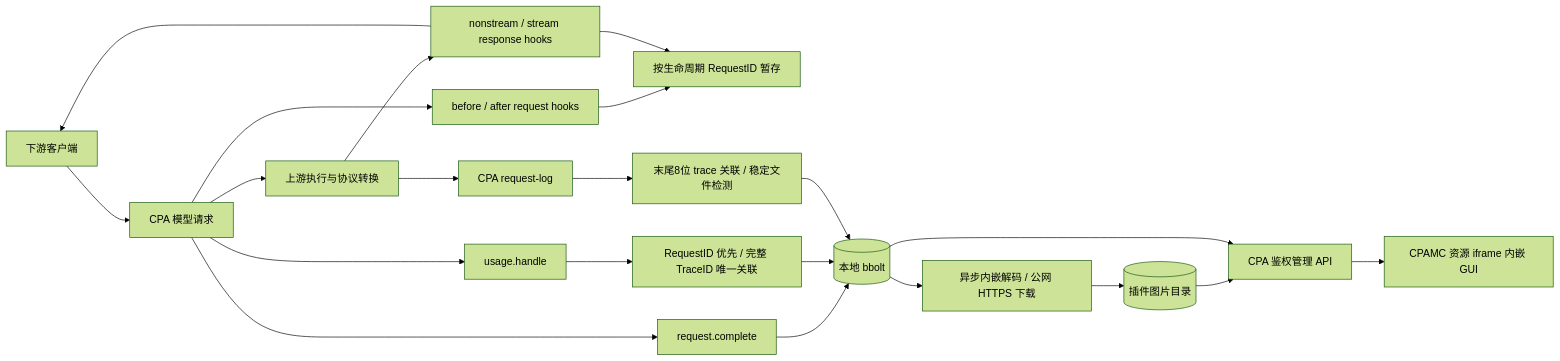
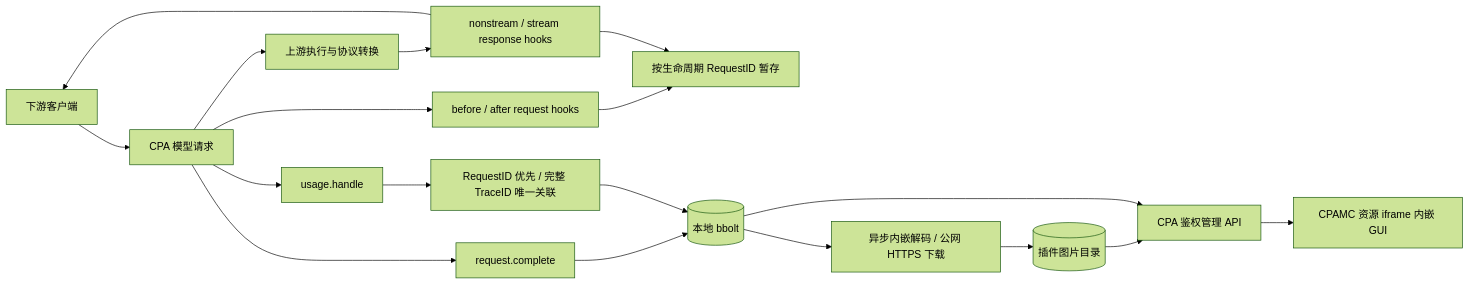
The diagram in docs/design.md (txsdx/cpa-plugin-request-recorder), drawn with Mermaid (forest theme) before and after one commit. The commit also changed other lines of this file and 29 other files, not shown here.

Commit message:
fix: capture complete CPA response snapshots and remove provider log enrichment

````diff
--- a/docs/design.md
+++ b/docs/design.md
@@ -5,23 +5,20 @@
 ```mermaid
 flowchart LR
   Client[下游客户端] --> CPA[CPA 模型请求]
   CPA --> B[before / after request hooks]
   CPA --> U[上游执行与协议转换]
   U --> R[nonstream / stream response hooks]
   R --> Client
   B --> A[按生命周期 RequestID 暂存]
   R --> A
   CPA --> C[request.complete]
   C --> DB[(本地 bbolt)]
   CPA --> Usage[usage.handle]
   Usage --> Join[RequestID 优先 / 完整 TraceID 唯一关联]
   Join --> DB
-  U --> Logs[CPA request-log]
-  Logs --> Enrich[末尾8位 trace 关联 / 稳定文件检测]
-  Enrich --> DB
   DB --> Images[异步内嵌解码 / 公网 HTTPS 下载]
   Images --> Files[(插件图片目录)]
   Files --> API[CPA 鉴权管理 API]
   DB --> API
   API --> GUI[CPAMC 资源 iframe 内嵌 GUI]
 ```
````
